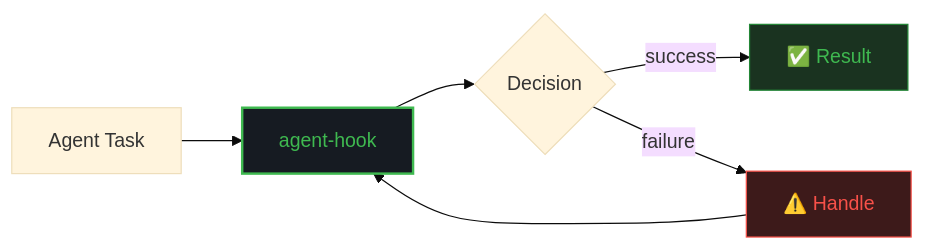
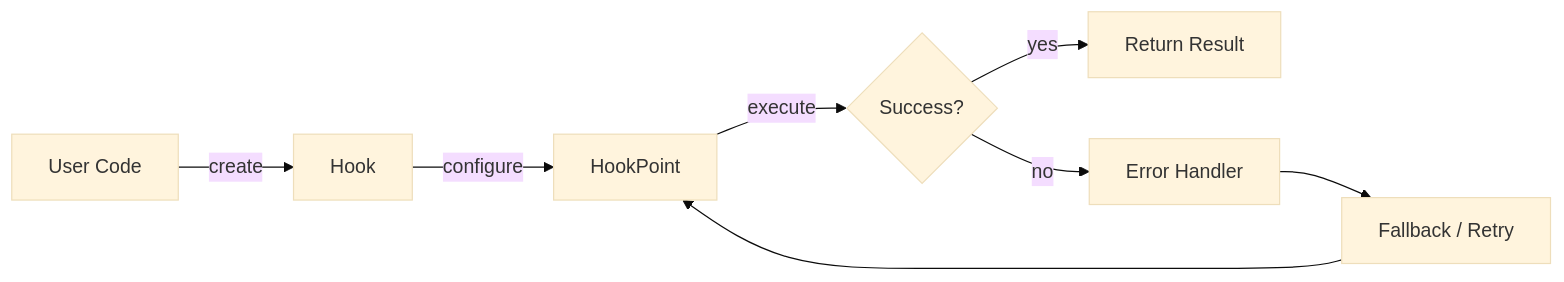
The first of 2 diagrams in README.md (darshjme/agent-hook), drawn with Mermaid (base theme) before and after one commit. The commit also changed other lines of this file and 1 other file, not shown here.

````diff
--- a/README.md
+++ b/README.md
@@ -59,12 +75,10 @@
 ```mermaid
 flowchart LR
-    A[Agent Task] --> B[agent-hook]
-    B --> C{Decision}
-    C -->|success| D[✅ Result]
-    C -->|failure| E[⚠️ Handle]
-    E --> B
-
-    style B fill:#161b22,stroke:#3fb950,stroke-width:2,color:#3fb950
-    style D fill:#1a3320,stroke:#238636,color:#3fb950
-    style E fill:#3d1a1a,stroke:#f85149,color:#f85149
+    A[User Code] -->|create| B[Hook]
+    B -->|configure| C[HookPoint]
+    C -->|execute| D{Success?}
+    D -->|yes| E[Return Result]
+    D -->|no| F[Error Handler]
+    F --> G[Fallback / Retry]
+    G --> C
 ```
````
